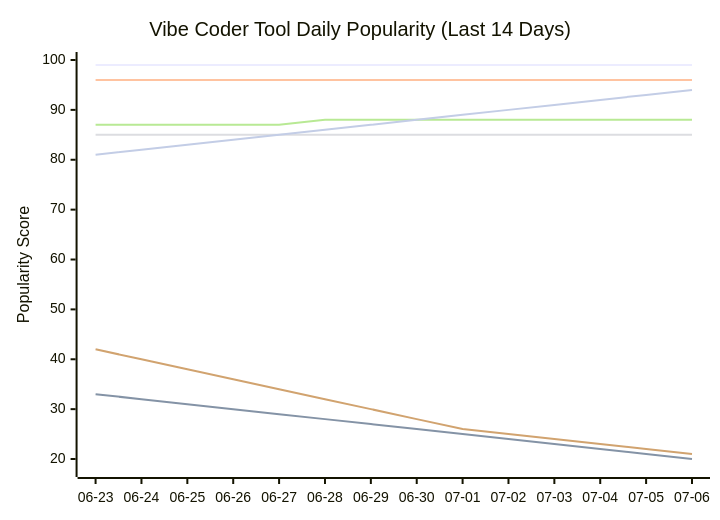
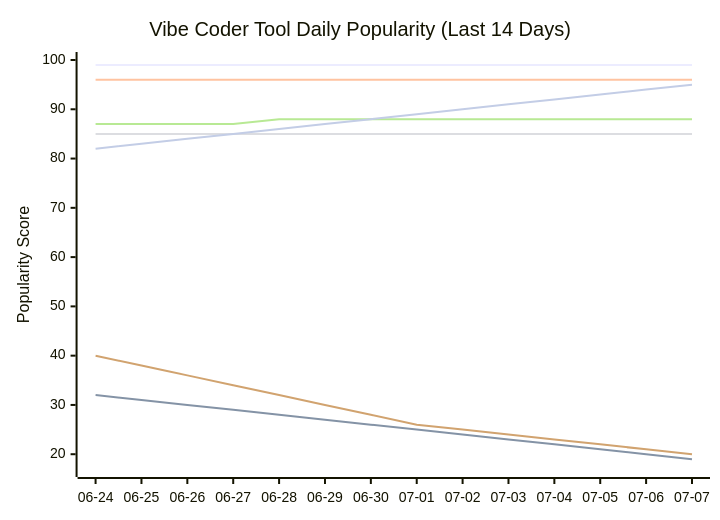
One commit to tykimos/ai-whatchelin changed the seventh of 11 diagrams in README.md. Above: the diagram before and after it, drawn with Mermaid. The commit also changed other lines of this file and 4 other files, not shown here.

````diff
--- a/README.md
+++ b/README.md
@@ -1874,13 +1882,13 @@
 ```mermaid
 xychart-beta
     title "Vibe Coder Tool Daily Popularity (Last 14 Days)"
-    x-axis ["06-23", "06-24", "06-25", "06-26", "06-27", "06-28", "06-29", "06-30", "07-01", "07-02", "07-03", "07-04", "07-05", "07-06"]
-    y-axis "Popularity Score" 18 --> 100
+    x-axis ["06-24", "06-25", "06-26", "06-27", "06-28", "06-29", "06-30", "07-01", "07-02", "07-03", "07-04", "07-05", "07-06", "07-07"]
+    y-axis "Popularity Score" 17 --> 100
     line "Claude Code" [99, 99, 99, 99, 99, 99, 99, 99, 99, 99, 99, 99, 99, 99]
-    line "GH Copilot" [33, 32, 31, 30, 29, 28, 27, 26, 25, 24, 23, 22, 21, 20]
+    line "GH Copilot" [32, 31, 30, 29, 28, 27, 26, 25, 24, 23, 22, 21, 20, 19]
     line "Cursor" [96, 96, 96, 96, 96, 96, 96, 96, 96, 96, 96, 96, 96, 96]
     line "Windsurf" [85, 85, 85, 85, 85, 85, 85, 85, 85, 85, 85, 85, 85, 85]
-    line "Codex CLI" [87, 87, 87, 87, 87, 88, 88, 88, 88, 88, 88, 88, 88, 88]
-    line "Gemini CLI" [42, 40, 38, 36, 34, 32, 30, 28, 26, 25, 24, 23, 22, 21]
-    line "Antigravity" [81, 82, 83, 84, 85, 86, 87, 88, 89, 90, 91, 92, 93, 94]
+    line "Codex CLI" [87, 87, 87, 87, 88, 88, 88, 88, 88, 88, 88, 88, 88, 88]
+    line "Gemini CLI" [40, 38, 36, 34, 32, 30, 28, 26, 25, 24, 23, 22, 21, 20]
+    line "Antigravity" [82, 83, 84, 85, 86, 87, 88, 89, 90, 91, 92, 93, 94, 95]
 ```
````
